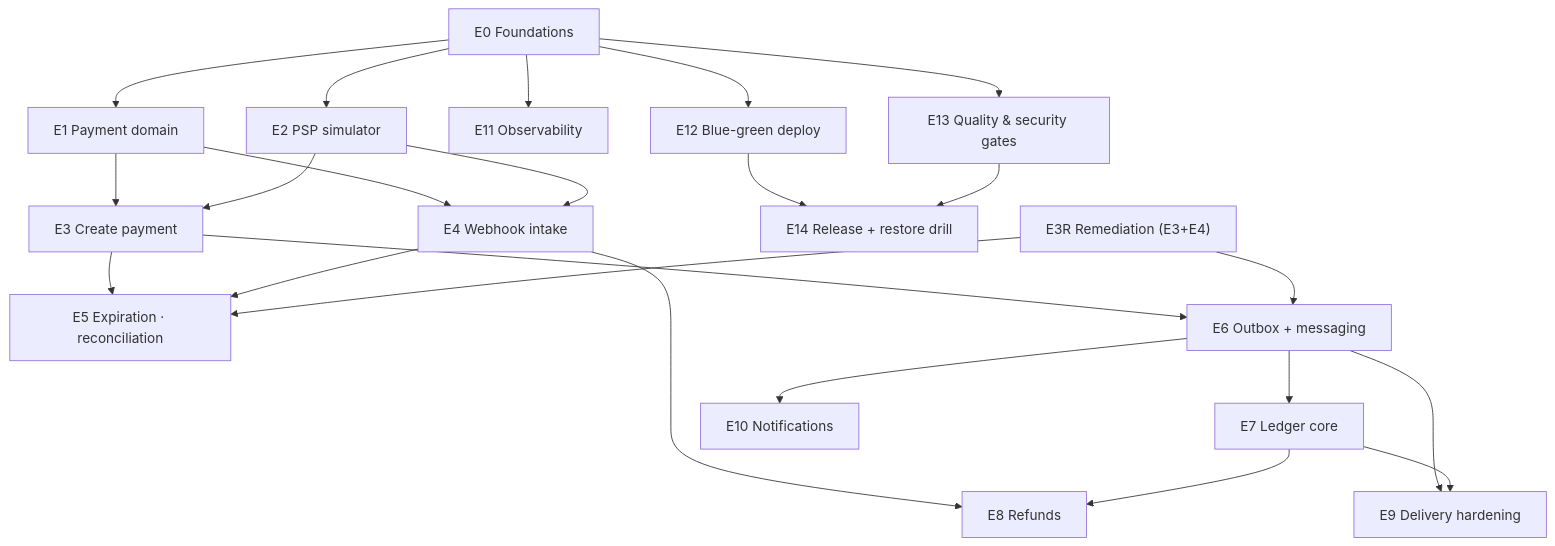
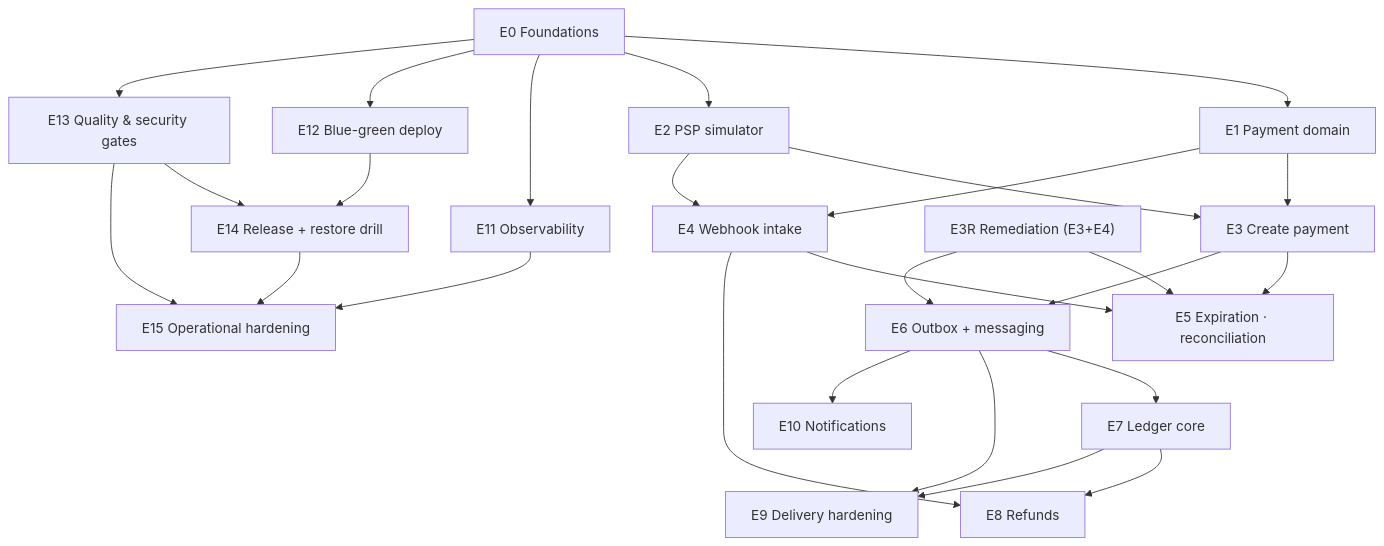
One commit to daniel-castilho/dargent changed the diagram in docs/epics.md. Above: the diagram before and after it, drawn with Mermaid. The commit also changed other lines of this file and 8 other files, not shown here.

````diff
--- a/docs/epics.md
+++ b/docs/epics.md
@@ -60,25 +61,28 @@
 ```mermaid
 graph TD
     E0["E0 Foundations"] --> E1["E1 Payment domain"]
     E0 --> E2["E2 PSP simulator"]
     E1 --> E3["E3 Create payment"]
     E2 --> E3
     E1 --> E4["E4 Webhook intake"]
     E2 --> E4
     E3 --> E5["E5 Expiration · reconciliation"]
     E4 --> E5
     E3 --> E6["E6 Outbox + messaging"]
     E6 --> E7["E7 Ledger core"]
     E4 --> E8["E8 Refunds"]
     E7 --> E8
     E6 --> E9["E9 Delivery hardening"]
     E7 --> E9
     E6 --> E10["E10 Notifications"]
     E0 --> E11["E11 Observability"]
     E0 --> E12["E12 Blue-green deploy"]
     E0 --> E13["E13 Quality & security gates"]
     E12 --> E14["E14 Release + restore drill"]
     E13 --> E14
+    E11 --> E15["E15 Operational hardening"]
+    E13 --> E15
+    E14 --> E15
     E3R["E3R Remediation (E3+E4)"] --> E5
     E3R --> E6
 ```
````
